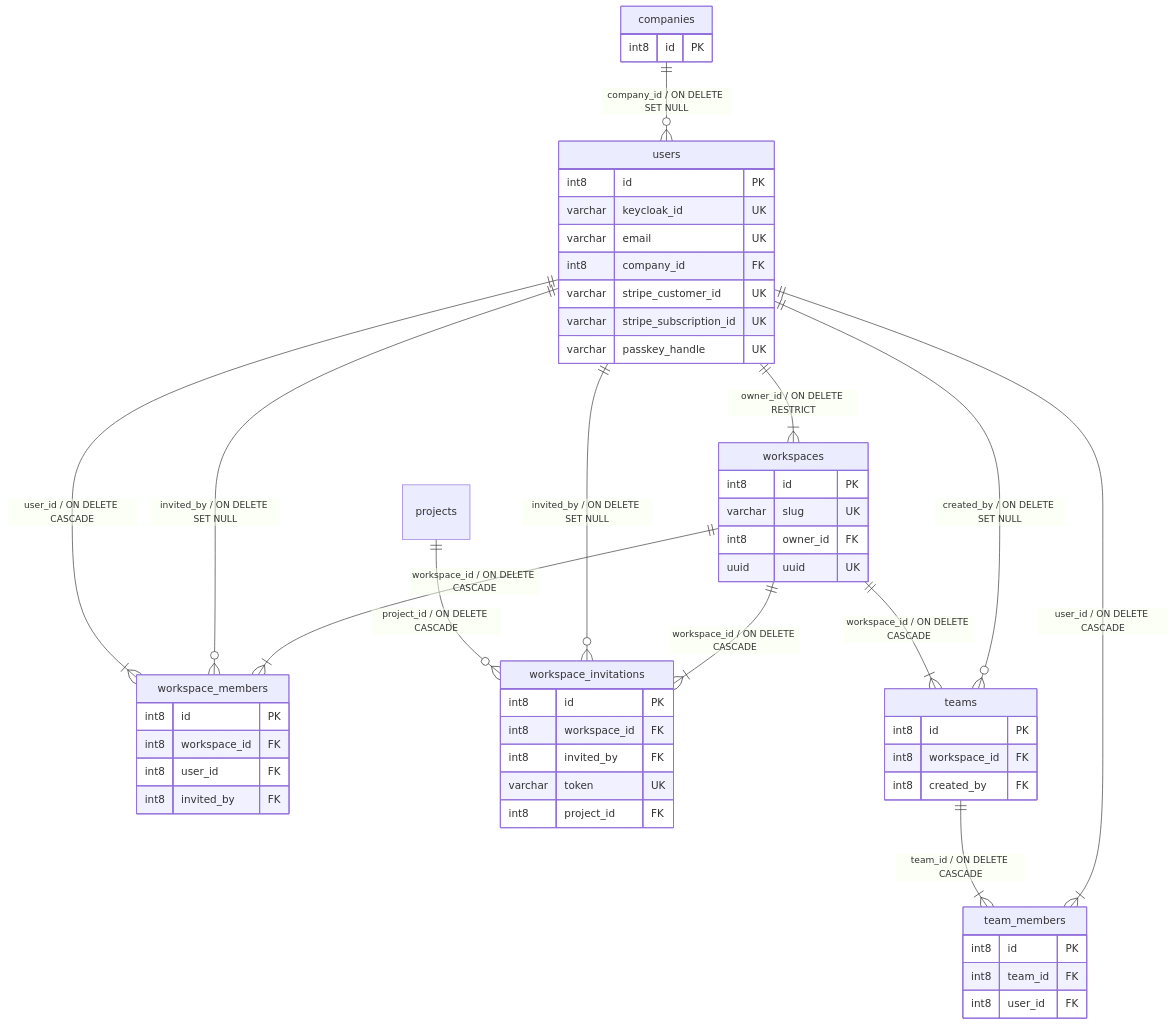
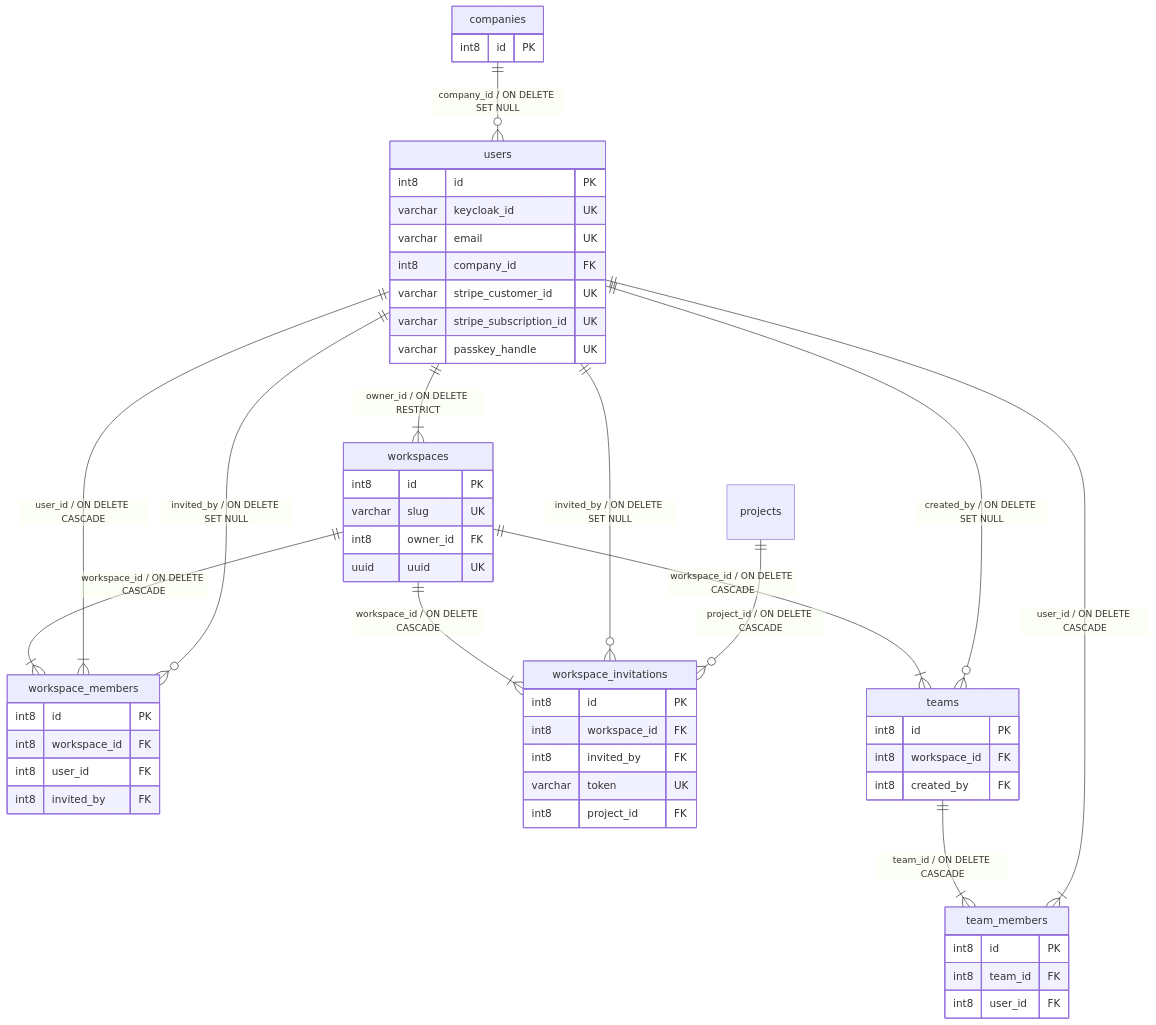
The second of 10 diagrams in v1/03-architecture/Modele_Donnees_MCD_MLD.md (taskforce-project/taskforce-docs), drawn with Mermaid before and after one commit. The commit also changed other lines of this file and 1 other file, not shown here.

First line of the commit message:
docs(architecture): the data model's relations in column order, and "1 entité"

````diff
--- a/v1/03-architecture/Modele_Donnees_MCD_MLD.md
+++ b/v1/03-architecture/Modele_Donnees_MCD_MLD.md
@@ -128,56 +128,56 @@
 ```mermaid
 erDiagram
   users {
     int8 id PK
     varchar keycloak_id UK
     varchar email UK
     int8 company_id FK
     varchar stripe_customer_id UK
     varchar stripe_subscription_id UK
     varchar passkey_handle UK
   }
   workspaces {
     int8 id PK
     varchar slug UK
     int8 owner_id FK
     uuid uuid UK
   }
   workspace_members {
     int8 id PK
     int8 workspace_id FK
     int8 user_id FK
     int8 invited_by FK
   }
   workspace_invitations {
     int8 id PK
     int8 workspace_id FK
     int8 invited_by FK
     varchar token UK
     int8 project_id FK
   }
   teams {
     int8 id PK
     int8 workspace_id FK
     int8 created_by FK
   }
   team_members {
     int8 id PK
     int8 team_id FK
     int8 user_id FK
   }
   companies {
     int8 id PK
   }
   companies ||--o{ users : "company_id / ON DELETE SET NULL"
   users ||--|{ workspaces : "owner_id / ON DELETE RESTRICT"
   workspaces ||--|{ workspace_members : "workspace_id / ON DELETE CASCADE"
+  users ||--|{ workspace_members : "user_id / ON DELETE CASCADE"
   users ||--o{ workspace_members : "invited_by / ON DELETE SET NULL"
-  users ||--|{ workspace_members : "user_id / ON DELETE CASCADE"
   workspaces ||--|{ workspace_invitations : "workspace_id / ON DELETE CASCADE"
   users ||--o{ workspace_invitations : "invited_by / ON DELETE SET NULL"
   projects ||--o{ workspace_invitations : "project_id / ON DELETE CASCADE"
+  workspaces ||--|{ teams : "workspace_id / ON DELETE CASCADE"
   users ||--o{ teams : "created_by / ON DELETE SET NULL"
-  workspaces ||--|{ teams : "workspace_id / ON DELETE CASCADE"
+  teams ||--|{ team_members : "team_id / ON DELETE CASCADE"
   users ||--|{ team_members : "user_id / ON DELETE CASCADE"
-  teams ||--|{ team_members : "team_id / ON DELETE CASCADE"
 ```
````
